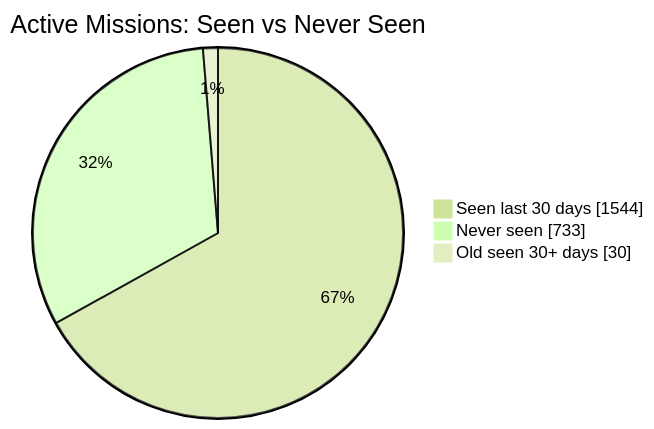
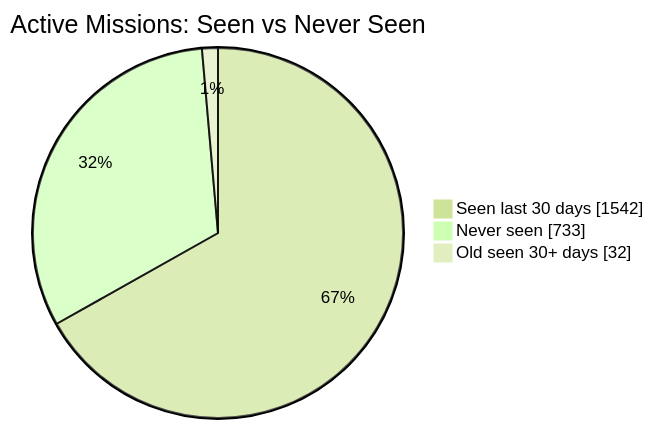
The first of 2 diagrams in README.md (MeldkamerspelGameTeam/active-missions), drawn with Mermaid (forest theme) before and after one commit. The commit also changed other lines of this file and 2 other files, not shown here.

````diff
--- a/README.md
+++ b/README.md
@@ -34,7 +34,7 @@
 ```mermaid
 pie showData
     title Active Missions: Seen vs Never Seen
-    "Seen last 30 days" : 1544
+    "Seen last 30 days" : 1542
     "Never seen" : 733
-    "Old seen 30+ days" : 30
+    "Old seen 30+ days" : 32
 ```
````
